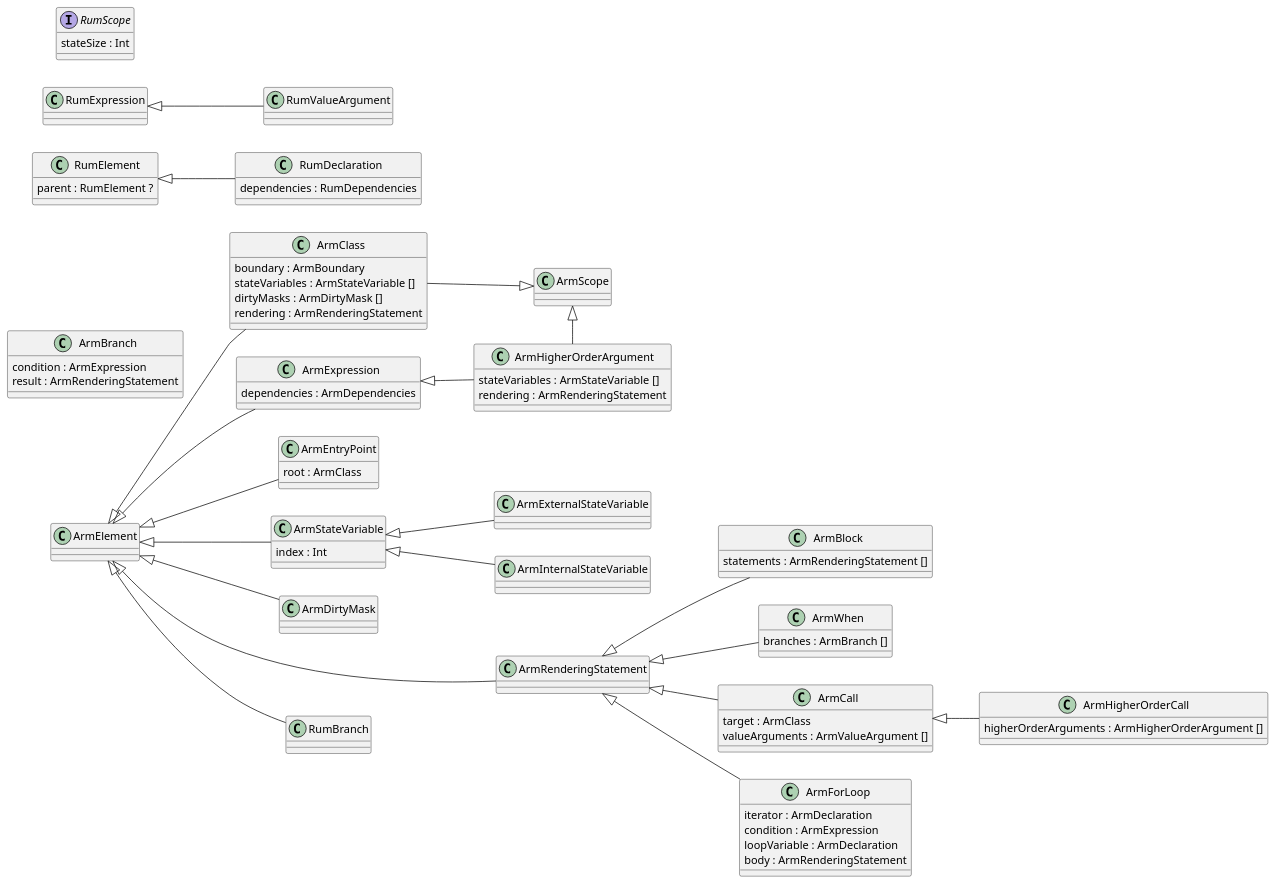
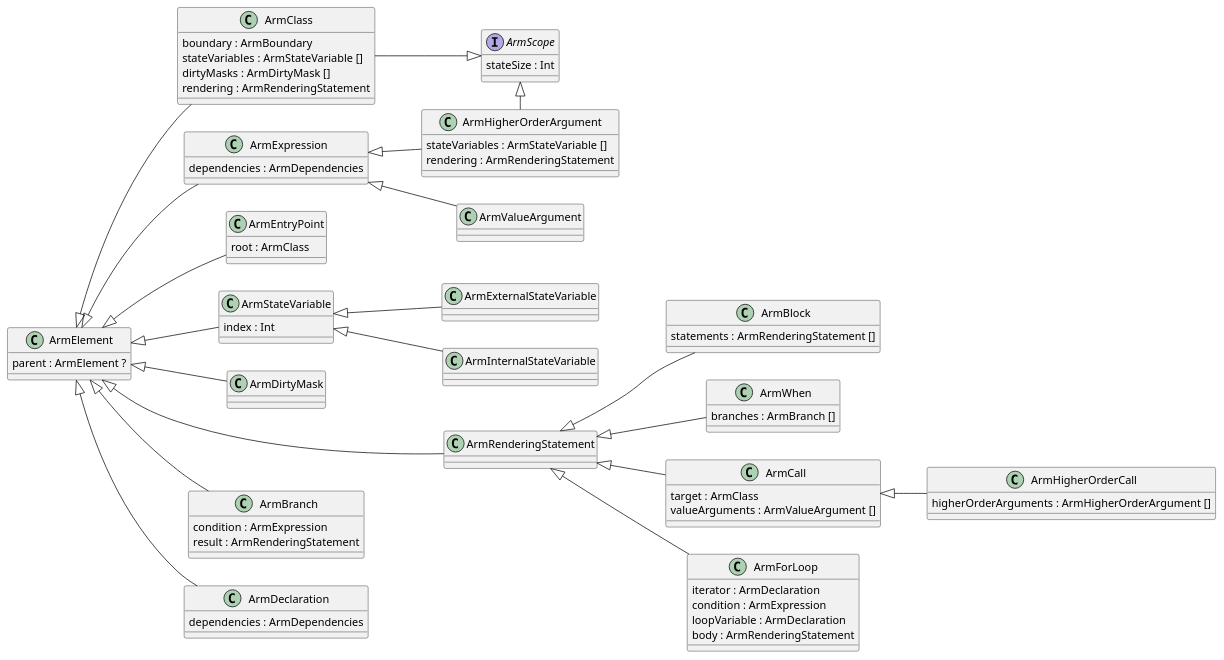
Before and after one commit to spxbhuhb/z2-pre: the diagram in doc/adaptive/internals/Arm.puml, drawn with PlantUML. The commit also changed 29 other files, not shown here.

```diff
--- a/doc/adaptive/internals/Arm.puml
+++ b/doc/adaptive/internals/Arm.puml
@@ -1,99 +1,99 @@
 @startuml
 
 left to right direction
 
 class ArmClass {
     boundary : ArmBoundary
     stateVariables : ArmStateVariable []
     dirtyMasks : ArmDirtyMask []
     rendering : ArmRenderingStatement
 }
 ArmElement <|-- ArmClass
 ArmScope <|-u- ArmClass
 
 class ArmExpression {
     dependencies : ArmDependencies
 }
 ArmElement <|-- ArmExpression
 
 class ArmEntryPoint {
     root : ArmClass
 }
 ArmElement <|-- ArmEntryPoint
 
 class ArmExternalStateVariable
 ArmStateVariable <|-- ArmExternalStateVariable
 
 class ArmInternalStateVariable
 ArmStateVariable <|-- ArmInternalStateVariable
 
 class ArmStateVariable {
     index : Int
 }
 ArmElement <|-- ArmStateVariable
 
 class ArmDirtyMask
 ArmElement <|-- ArmDirtyMask
 
 class ArmBlock {
     statements : ArmRenderingStatement []
 }
 ArmRenderingStatement <|-- ArmBlock
 
 class ArmWhen {
     branches : ArmBranch []
 }
 ArmRenderingStatement <|-- ArmWhen
 
 class ArmCall {
     target : ArmClass
     valueArguments : ArmValueArgument []
 }
 ArmRenderingStatement <|-- ArmCall
 
 class ArmForLoop {
     iterator : ArmDeclaration
     condition : ArmExpression
     loopVariable : ArmDeclaration
     body : ArmRenderingStatement
 }
 ArmRenderingStatement <|-- ArmForLoop
 
 class ArmHigherOrderCall {
     higherOrderArguments : ArmHigherOrderArgument []
 }
 ArmCall <|-- ArmHigherOrderCall
 
 class ArmRenderingStatement
 ArmElement <|--- ArmRenderingStatement
 
 class ArmHigherOrderArgument {
     stateVariables : ArmStateVariable []
     rendering : ArmRenderingStatement
 }
 ArmExpression <|-- ArmHigherOrderArgument
 ArmScope <|-r- ArmHigherOrderArgument
 
 class ArmBranch {
     condition : ArmExpression
     result : ArmRenderingStatement
 }
-ArmElement <|-- RumBranch
+ArmElement <|-- ArmBranch
 
-class RumDeclaration {
-    dependencies : RumDependencies
+class ArmDeclaration {
+    dependencies : ArmDependencies
 }
-RumElement <|-- RumDeclaration
+ArmElement <|-- ArmDeclaration
 
-class RumValueArgument
-RumExpression <|-- RumValueArgument
+class ArmValueArgument
+ArmExpression <|-- ArmValueArgument
 
-interface RumScope {
+interface ArmScope {
     stateSize : Int
 }
 
-class RumElement {
-    parent : RumElement ?
+class ArmElement {
+    parent : ArmElement ?
 }
 
 @enduml
```
